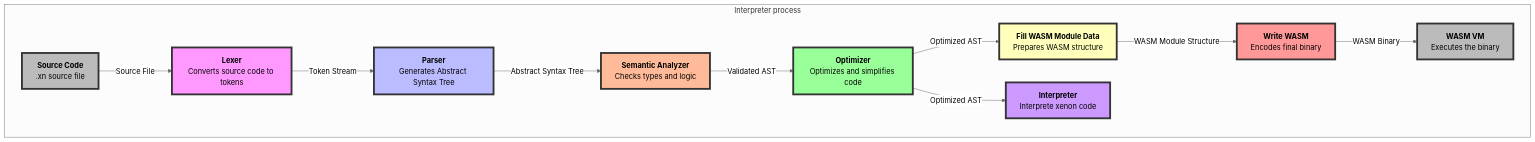
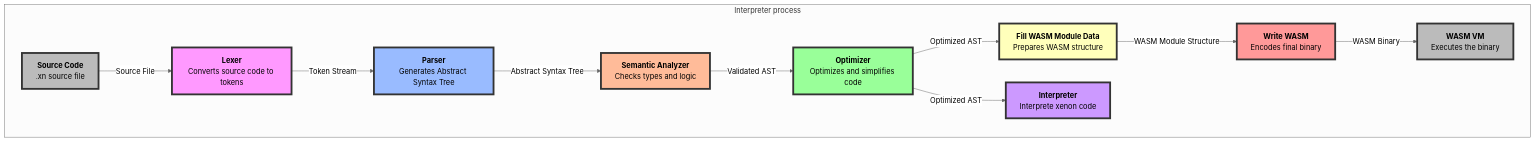
The diagram in src/interpreter.md (Xenon-Lang-Org/docs), drawn with Mermaid (neutral theme) before and after one commit. The commit also changed 2 other files, not shown here.

Commit message:
Fix mermaid rendering on firefox

````diff
--- a/src/interpreter.md
+++ b/src/interpreter.md
@@ -56,23 +56,23 @@
 ```mermaid
 graph TD
-    style A fill:#f9f,stroke:#333,stroke-width:4px
-    style B fill:#bbf,stroke:#333,stroke-width:4px
-    style C fill:#fb9,stroke:#333,stroke-width:4px
+    style A fill:#ff99ff,stroke:#333333,stroke-width:4px
+    style B fill:#99bbff,stroke:#333333,stroke-width:4px
+    style C fill:#ffbb99,stroke:#333333,stroke-width:4px
     style D fill:#9f9,stroke:#333,stroke-width:4px
     style E fill:#ffb,stroke:#333,stroke-width:4px
     style F fill:#f99,stroke:#333,stroke-width:4px
     style G fill:#bbb,stroke:#333,stroke-width:4px
     style H fill:#c9f,stroke:#333,stroke-width:4px
     style S fill:#bbb,stroke:#333,stroke-width:4px
 
     subgraph Interpreter process
         S["<b style='color:black'>Source Code</b><br/><span style='color:black'>.xn source file</span>"] -->|Source File| A["<b style='color:black'>Lexer</b><br/><span style='color:black'>Converts source code to tokens</span>"]
         A -->|Token Stream| B["<b style='color:black'>Parser</b><br/><span style='color:black'>Generates Abstract Syntax Tree</span>"]
         B -->|Abstract Syntax Tree| C["<b style='color:black'>Semantic Analyzer</b><br/><span style='color:black'>Checks types and logic</span>"]
         C -->|Validated AST| D["<b style='color:black'>Optimizer</b><br/><span style='color:black'>Optimizes and simplifies code</span>"]
         D -->|Optimized AST| E["<b style='color:black'>Fill WASM Module Data</b><br/><span style='color:black'>Prepares WASM structure</span>"]
         E -->|WASM Module Structure| F["<b style='color:black'>Write WASM</b><br/><span style='color:black'>Encodes final binary</span>"]
         F -->|WASM Binary| G["<b style='color:black'>WASM VM</b><br/><span style='color:black'>Executes the binary</span>"]
         D -->|Optimized AST| H["<b style='color:black'>Interpreter</b><br/><span style='color:black'>Interprete xenon code</span>"]
     end
 ```
````
